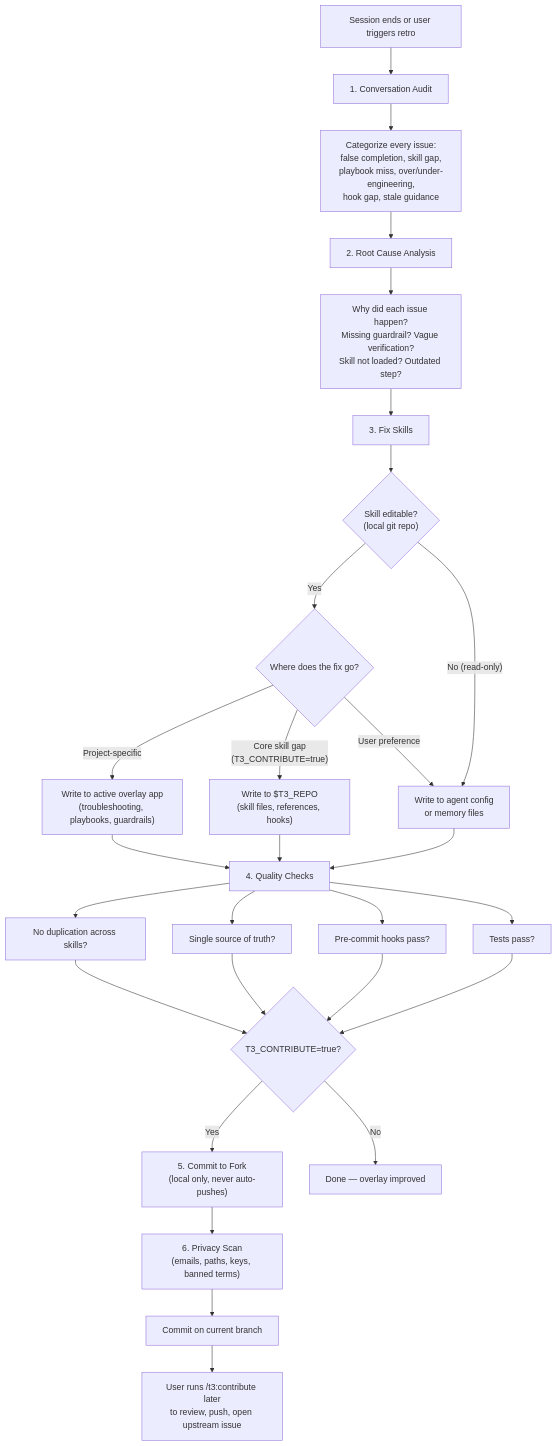
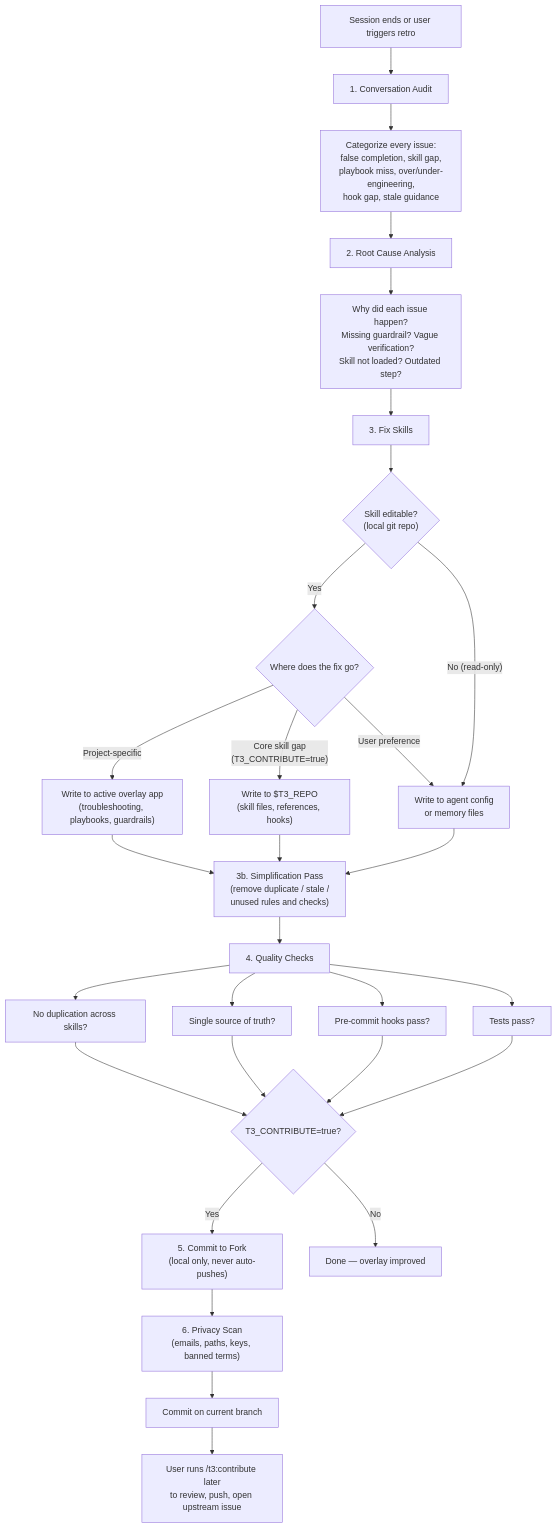
The diagram in skills/retro/SKILL.md (souliane/teatree), drawn with Mermaid before and after one commit. The commit also changed other lines of this file, not shown here.

First line of the commit message:
feat(retro): add simplification pass to remove overhead without value

````diff
--- a/skills/retro/SKILL.md
+++ b/skills/retro/SKILL.md
@@ -154,32 +154,33 @@
 ```mermaid
 flowchart TD
   A["Session ends or user triggers retro"] --> B["1. Conversation Audit"]
   B --> C["Categorize every issue:<br/>false completion, skill gap,<br/>playbook miss, over/under-engineering,<br/>hook gap, stale guidance"]
 
   C --> D["2. Root Cause Analysis"]
   D --> E["Why did each issue happen?<br/>Missing guardrail? Vague verification?<br/>Skill not loaded? Outdated step?"]
 
   E --> F["3. Fix Skills"]
   F --> EA{"Skill editable?<br/>(local git repo)"}
 
   EA -->|"Yes"| G{"Where does the fix go?"}
   EA -->|"No (read-only)"| J["Write to agent config<br/>or memory files"]
 
   G -->|"Project-specific"| H["Write to active overlay app<br/>(troubleshooting, playbooks, guardrails)"]
   G -->|"Core skill gap<br/>(T3_CONTRIBUTE=true)"| I["Write to $T3_REPO<br/>(skill files, references, hooks)"]
   G -->|"User preference"| J
 
-  H & I & J --> K["4. Quality Checks"]
+  H & I & J --> SIMP["3b. Simplification Pass<br/>(remove duplicate / stale /<br/>unused rules and checks)"]
+  SIMP --> K["4. Quality Checks"]
   K --> L["No duplication across skills?"]
   K --> M["Single source of truth?"]
   K --> N["Pre-commit hooks pass?"]
   K --> O["Tests pass?"]
 
   L & M & N & O --> P{"T3_CONTRIBUTE=true?"}
   P -->|"Yes"| Q["5. Commit to Fork<br/>(local only, never auto-pushes)"]
   P -->|"No"| R["Done — overlay improved"]
 
   Q --> S["6. Privacy Scan<br/>(emails, paths, keys, banned terms)"]
   S --> T["Commit on current branch"]
   T --> U["User runs /t3:contribute later<br/>to review, push, open upstream issue"]
 ```
````
